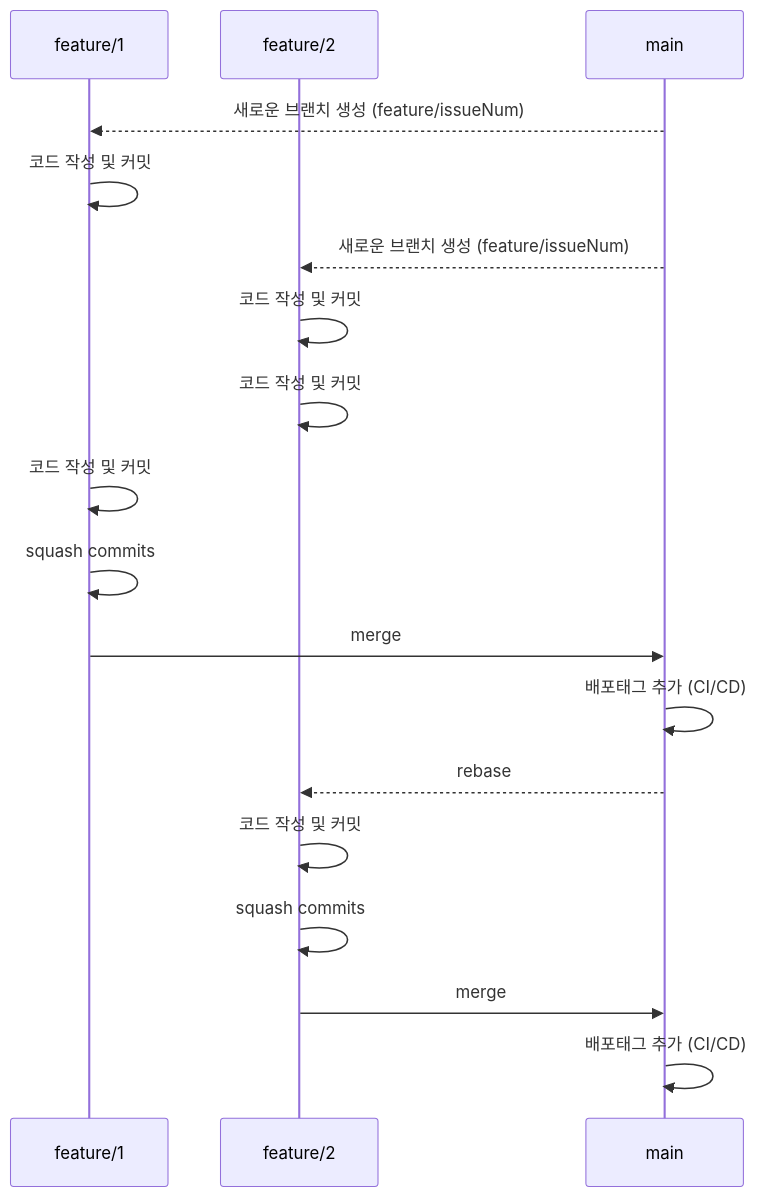
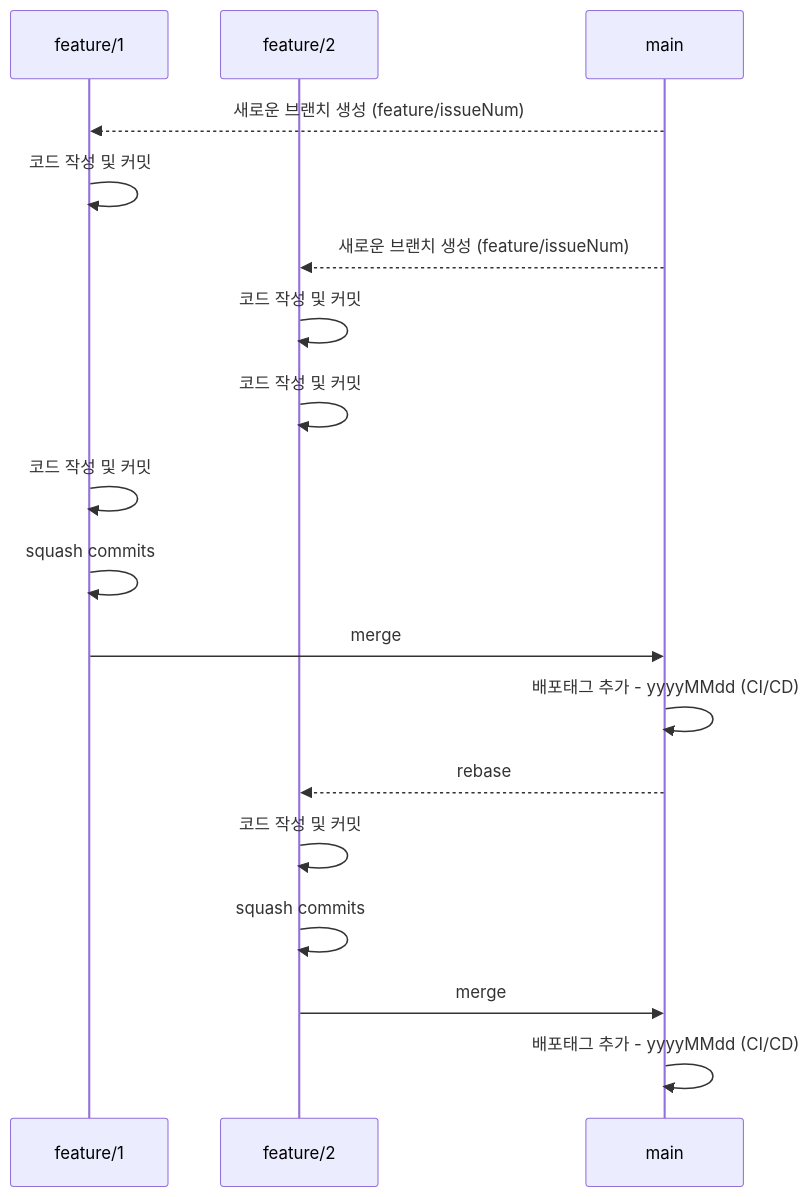
Before and after one commit to eul-lab/.github: the diagram in docs/협업전략.md, drawn with Mermaid. The commit also changed other lines of this file, not shown here.

````diff
--- a/docs/협업전략.md
+++ b/docs/협업전략.md
@@ -10,21 +11,21 @@
 ```mermaid
 sequenceDiagram
     participant feature/1
     participant feature/2
     participant main
 
     main-->>feature/1: 새로운 브랜치 생성 (feature/issueNum)
     feature/1->>feature/1: 코드 작성 및 커밋
     main-->>feature/2: 새로운 브랜치 생성 (feature/issueNum)
     feature/2->>feature/2: 코드 작성 및 커밋
     feature/2->>feature/2: 코드 작성 및 커밋
     feature/1->>feature/1: 코드 작성 및 커밋
     feature/1->>feature/1: squash commits
     feature/1->>main: merge
-    main->>main: 배포태그 추가 (CI/CD)
+    main->>main: 배포태그 추가 - yyyyMMdd (CI/CD)
     main-->>feature/2: rebase
     feature/2->>feature/2: 코드 작성 및 커밋
     feature/2->>feature/2: squash commits
     feature/2->>main: merge
-    main->>main: 배포태그 추가 (CI/CD)
+    main->>main: 배포태그 추가 - yyyyMMdd (CI/CD)
 ```
````
